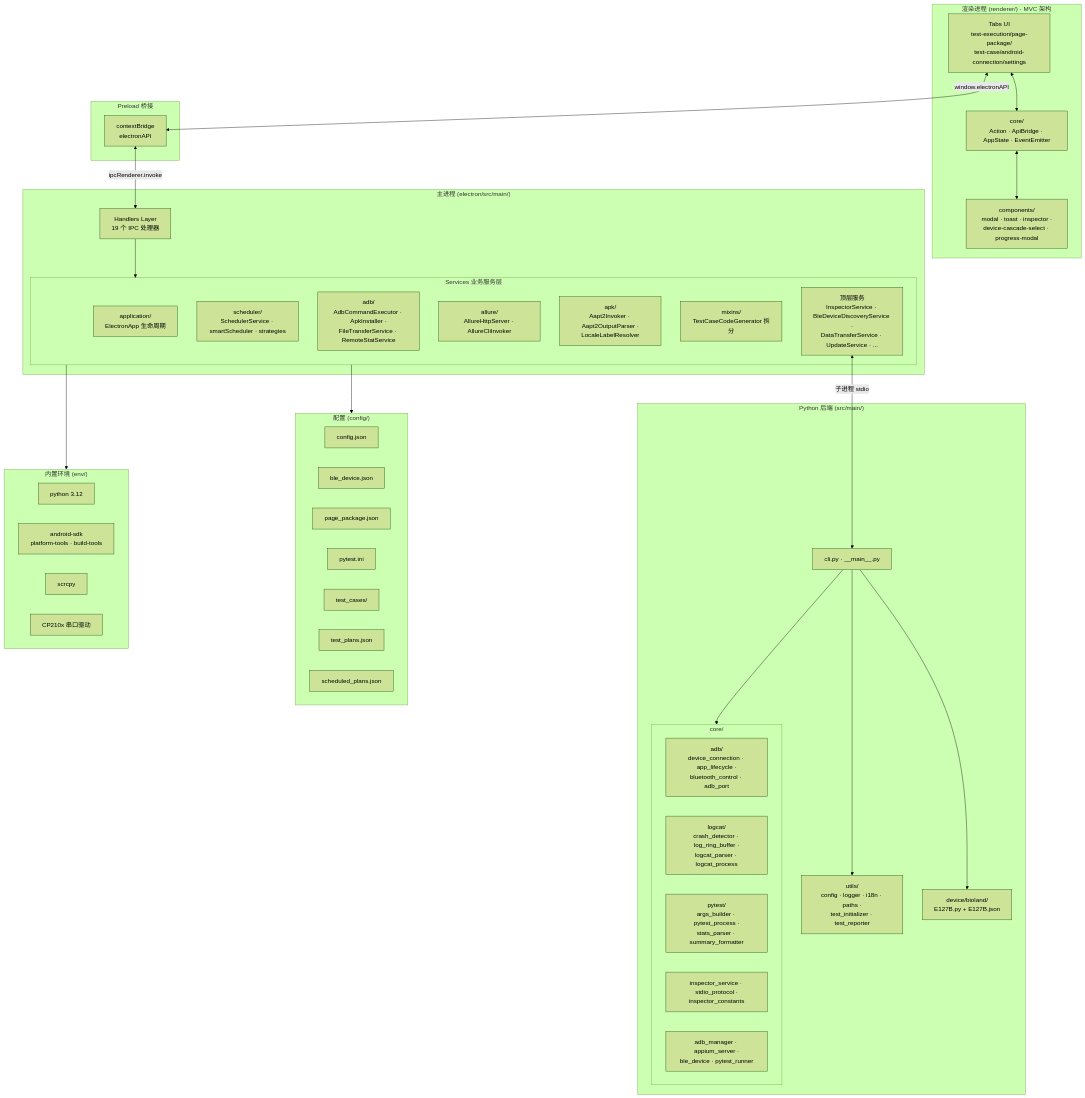
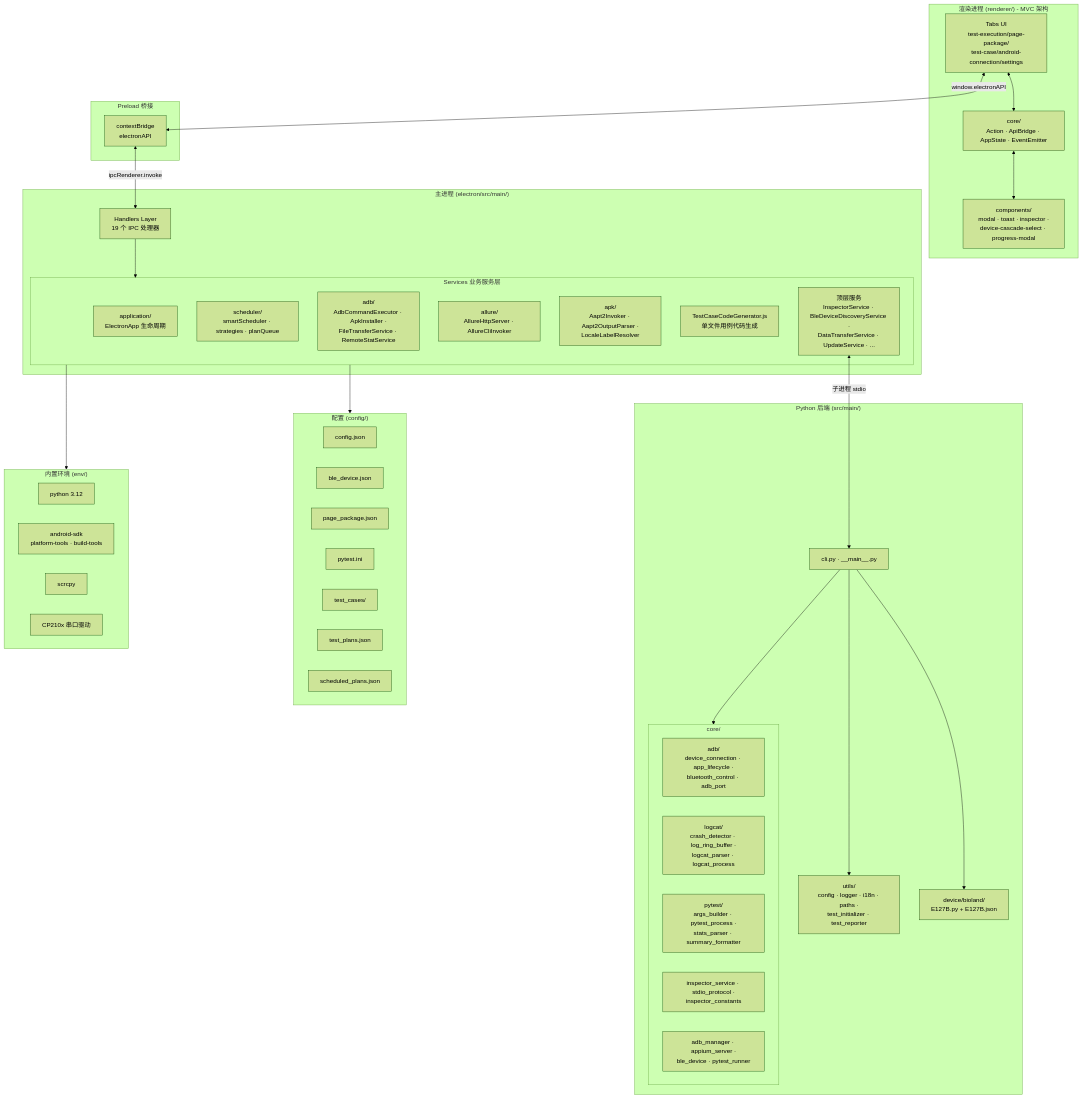
One commit to RingOnTheWay/XKAutoTester changed the first of 2 diagrams in README.md. Above: the diagram before and after it, drawn with Mermaid (forest theme). The commit also changed other lines of this file and 1 other file, not shown here.

Commit message:
docs: 同步项目结构/架构图到现状 - 移除 services/mixins 与 SchedulerService 幽灵引用, 补充 test-case modules/ 深模块

````diff
--- a/README.md
+++ b/README.md
@@ -78,67 +78,67 @@
 ```mermaid
 flowchart TB
     subgraph Renderer["渲染进程 (renderer/) - MVC 架构"]
         UI[Tabs UI<br/>test-execution/page-package/<br/>test-case/android-connection/settings]
         Core[core/<br/>Action · ApiBridge · AppState · EventEmitter]
         Comp[components/<br/>modal · toast · inspector ·<br/>device-cascade-select · progress-modal]
         UI <--> Core
         Core <--> Comp
     end
 
     subgraph Preload["Preload 桥接"]
         PB[contextBridge<br/>electronAPI]
     end
 
     subgraph Main["主进程 (electron/src/main/)"]
         HDL[Handlers Layer<br/>19 个 IPC 处理器]
         subgraph Services["Services 业务服务层"]
             APP[application/<br/>ElectronApp 生命周期]
-            SCH[scheduler/<br/>SchedulerService · smartScheduler · strategies]
+            SCH[scheduler/<br/>smartScheduler · strategies · planQueue]
             ADB[adb/<br/>AdbCommandExecutor · ApkInstaller ·<br/>FileTransferService · RemoteStatService]
             ALL[allure/<br/>AllureHttpServer · AllureCliInvoker]
             APK[apk/<br/>Aapt2Invoker · Aapt2OutputParser ·<br/>LocaleLabelResolver]
-            GEN[mixins/<br/>TestCaseCodeGenerator 拆分]
+            GEN[TestCaseCodeGenerator.js<br/>单文件用例代码生成]
             TOP[顶层服务<br/>InspectorService · BleDeviceDiscoveryService ·<br/>DataTransferService · UpdateService · ...]
         end
         HDL --> Services
     end
 
     subgraph PyBackend["Python 后端 (src/main/)"]
         CLI[cli.py · __main__.py]
         subgraph CorePy["core/"]
             ADBP[adb/<br/>device_connection · app_lifecycle ·<br/>bluetooth_control · adb_port]
             LCP[logcat/<br/>crash_detector · log_ring_buffer ·<br/>logcat_parser · logcat_process]
             PYP[pytest/<br/>args_builder · pytest_process ·<br/>stats_parser · summary_formatter]
             INSP[inspector_service · stdio_protocol ·<br/>inspector_constants]
             OTH[adb_manager · appium_server ·<br/>ble_device · pytest_runner]
         end
         UTL[utils/<br/>config · logger · i18n · paths ·<br/>test_initializer · test_reporter]
         DEV[device/bioland/<br/>E127B.py + E127B.json]
         CLI --> CorePy
         CLI --> UTL
         CLI --> DEV
     end
 
     subgraph Config["配置 (config/)"]
         CJ[config.json]
         BD[ble_device.json]
         PP[page_package.json]
         PI[pytest.ini]
         TC[test_cases/]
         TP[test_plans.json]
         SP[scheduled_plans.json]
     end
 
     subgraph Env["内置环境 (env/)"]
         PY[python 3.12]
         SDK[android-sdk<br/>platform-tools · build-tools]
         SC[scrcpy]
         DRV[CP210x 串口驱动]
     end
 
     UI <-->|window.electronAPI| PB
     PB <-->|ipcRenderer.invoke| HDL
     TOP <-->|子进程 stdio| CLI
     Services --> Config
     Services --> Env
 ```
````
